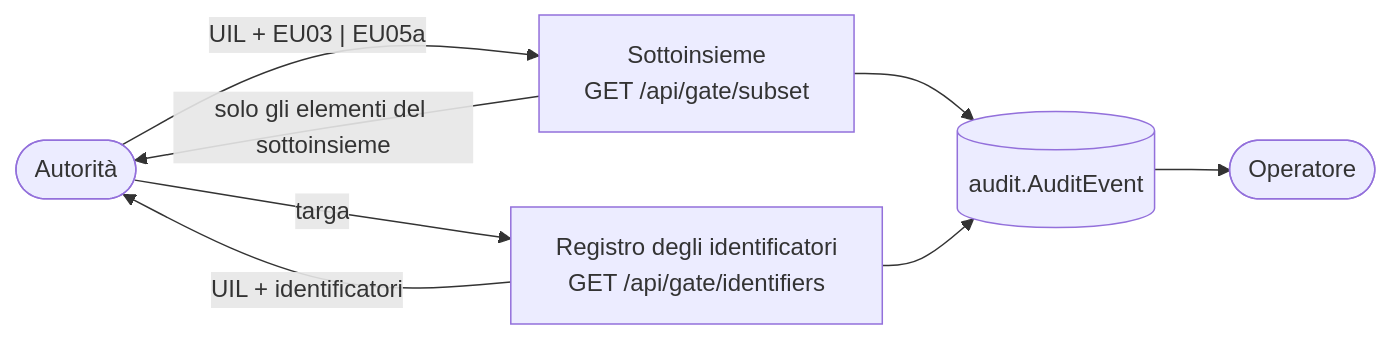
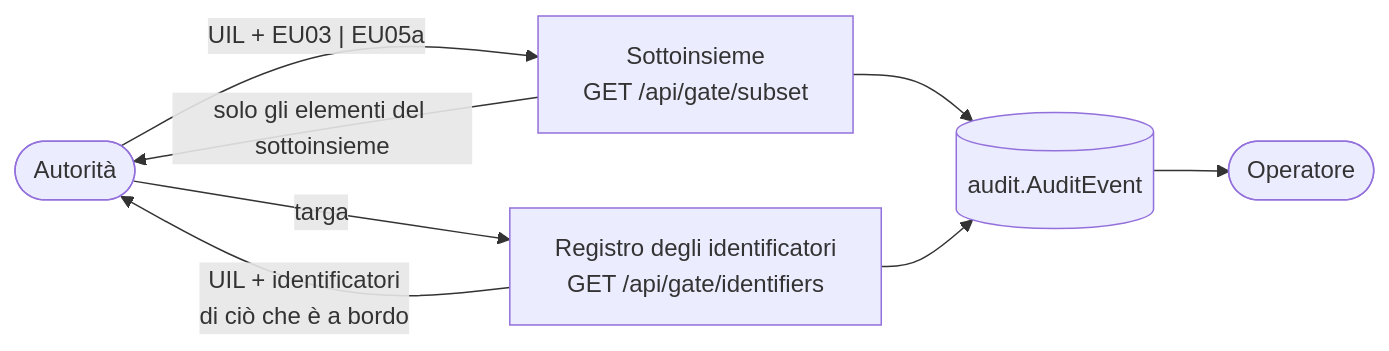
The third of 4 diagrams in docs/architettura.md (Dusi-burg/AI.POC-TrasportoDigitale), drawn with Mermaid before and after one commit. The commit also changed other lines of this file and 78 other files, not shown here.

````diff
--- a/docs/architettura.md
+++ b/docs/architettura.md
@@ -315,10 +322,10 @@
 ```mermaid
 flowchart LR
     A([Autorità]) -- "targa" --> R["Registro degli identificatori<br/>GET /api/gate/identifiers"]
-    R -- "UIL + identificatori" --> A
+    R -- "UIL + identificatori<br/>di ciò che è a bordo" --> A
     A -- "UIL + EU03 | EU05a" --> S["Sottoinsieme<br/>GET /api/gate/subset"]
     S -- "solo gli elementi del sottoinsieme" --> A
     S --> AU[("audit.AuditEvent")]
     R --> AU
     AU --> O([Operatore])
 ```
````
